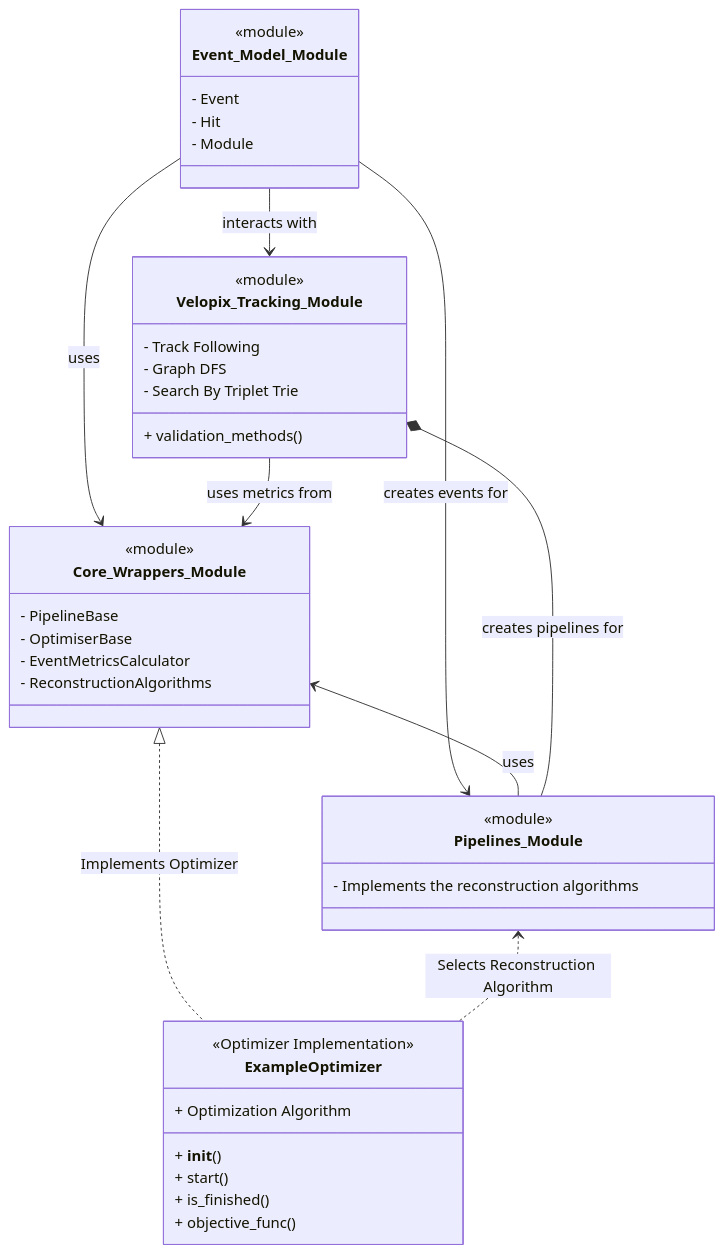
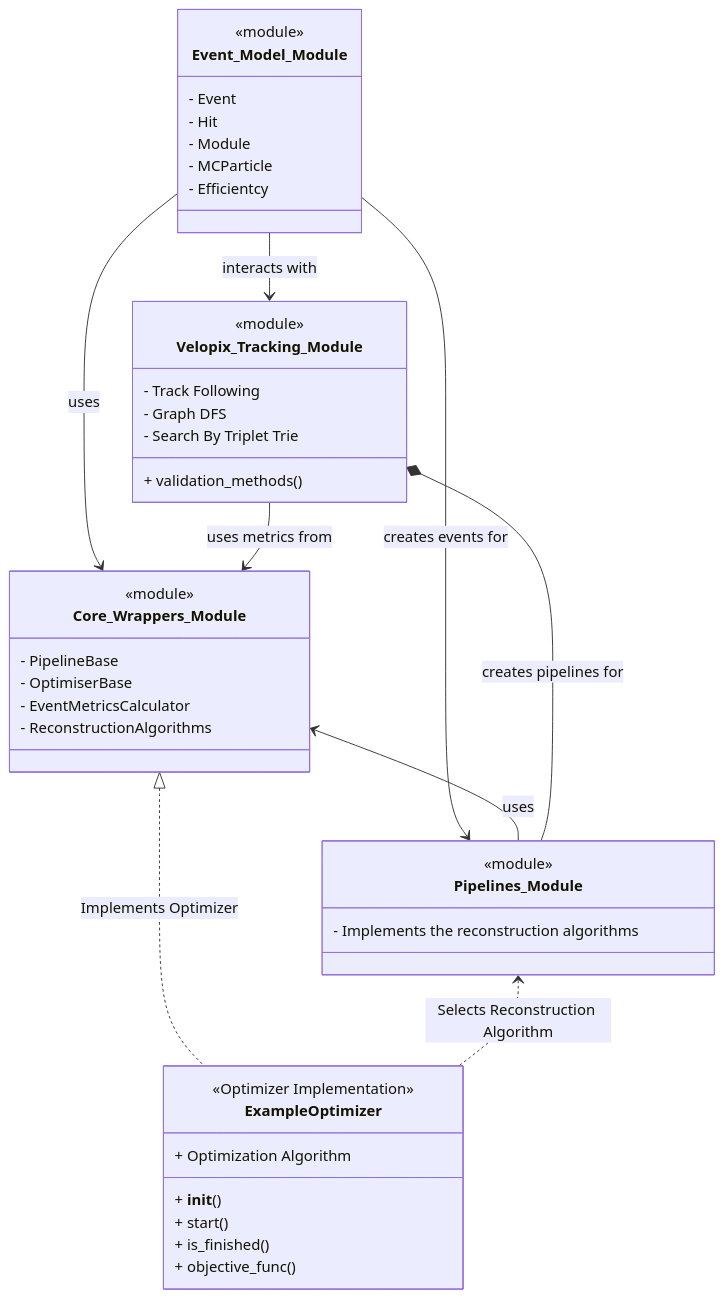
One commit to SvenHockers/velopix_tracking changed the diagram in readme.md. Above: the diagram before and after it, drawn with Mermaid.

Commit message:
Improves UML overview

````diff
--- a/readme.md
+++ b/readme.md
@@ -142,37 +142,39 @@
 ```mermaid
 classDiagram
 class Event_Model_Module {<<module>>
 - Event
 - Hit
-- Module} 
+- Module
+- MCParticle
+- Efficientcy} 
 class Velopix_Tracking_Module {<<module>>
 - Track Following
 - Graph DFS
 - Search By Triplet Trie
 + validation_methods()} 
 class Core_Wrappers_Module {<<module>>
 - PipelineBase
 - OptimiserBase
 - EventMetricsCalculator
 - ReconstructionAlgorithms} 
 class Pipelines_Module {<<module>>
  - Implements the reconstruction algorithms
 } 
 class ExampleOptimizer {<<Optimizer Implementation>>
     + Optimization Algorithm
     + __init__()
     + start()
     + is_finished()
     + objective_func()}
 
 Event_Model_Module --> Velopix_Tracking_Module : interacts with
 Event_Model_Module --> Core_Wrappers_Module : uses
 Event_Model_Module --> Pipelines_Module : creates events for
 Core_Wrappers_Module <-- Pipelines_Module : uses 
 
 Velopix_Tracking_Module --> Core_Wrappers_Module : uses metrics from
 Velopix_Tracking_Module *-- Pipelines_Module : creates pipelines for
 
 Core_Wrappers_Module <|.. ExampleOptimizer : Implements Optimizer
 Pipelines_Module <.. ExampleOptimizer : Selects Reconstruction Algorithm
 ```
````
